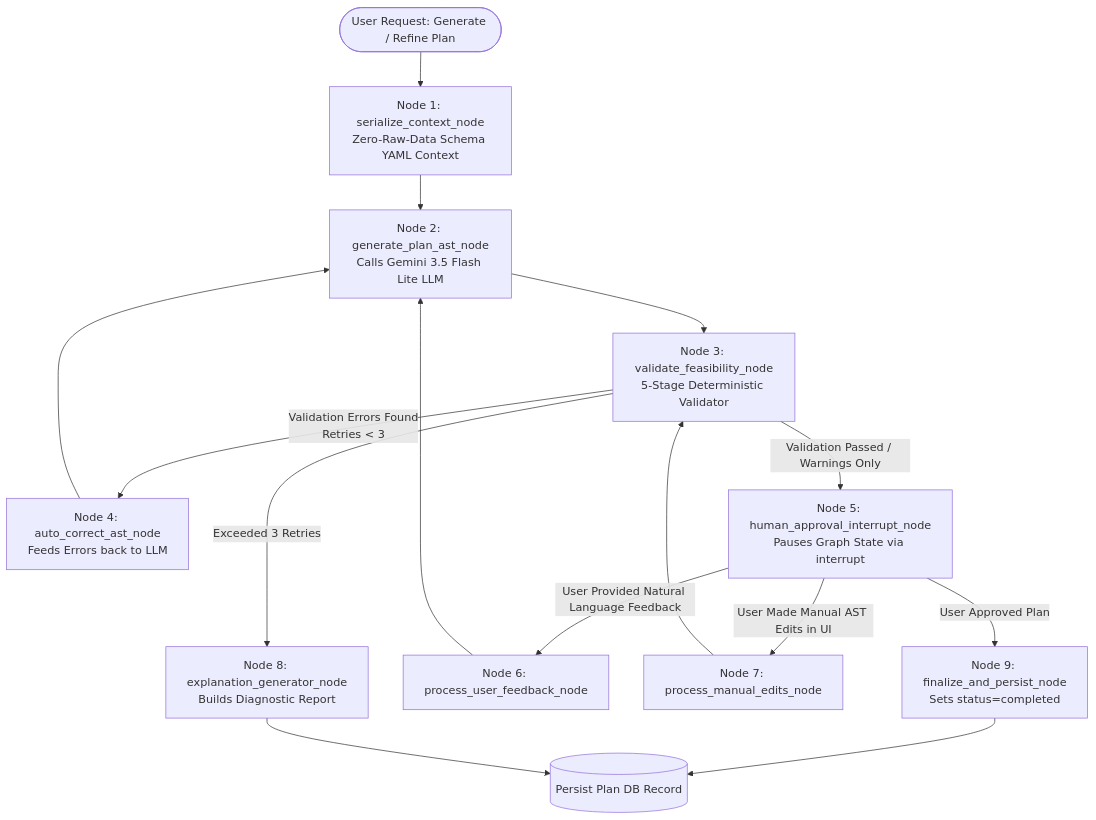
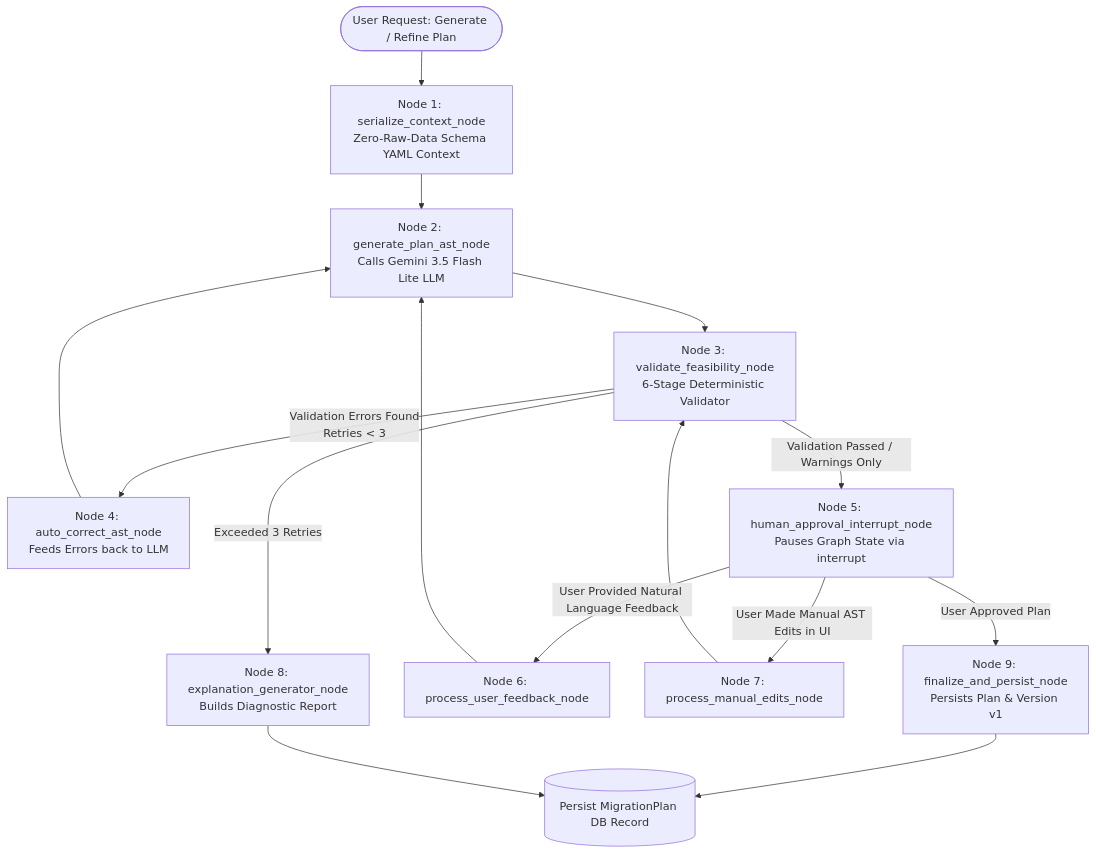
Before and after one commit to neelmaru123/migraflow: the third of 5 diagrams in docs/ARCHITECTURE.md, drawn with Mermaid. The commit also changed other lines of this file and 10 other files, not shown here.

````diff
--- a/docs/ARCHITECTURE.md
+++ b/docs/ARCHITECTURE.md
@@ -194,23 +198,23 @@
 ```mermaid
 flowchart TD
     Start([User Request: Generate / Refine Plan]) --> N1[Node 1: serialize_context_node<br>Zero-Raw-Data Schema YAML Context]
     N1 --> N2[Node 2: generate_plan_ast_node<br>Calls Gemini 3.5 Flash Lite LLM]
-    N2 --> N3[Node 3: validate_feasibility_node<br>5-Stage Deterministic Validator]
+    N2 --> N3[Node 3: validate_feasibility_node<br>6-Stage Deterministic Validator]
     
     N3 -->|Validation Errors Found<br>Retries < 3| N4[Node 4: auto_correct_ast_node<br>Feeds Errors back to LLM]
     N4 --> N2
     
     N3 -->|Exceeded 3 Retries| N8[Node 8: explanation_generator_node<br>Builds Diagnostic Report]
     
     N3 -->|Validation Passed / Warnings Only| N5[Node 5: human_approval_interrupt_node<br>Pauses Graph State via interrupt]
     
     N5 -->|User Provided Natural Language Feedback| N6[Node 6: process_user_feedback_node]
     N6 --> N2
     
     N5 -->|User Made Manual AST Edits in UI| N7[Node 7: process_manual_edits_node]
     N7 --> N3
     
-    N5 -->|User Approved Plan| N9[Node 9: finalize_and_persist_node<br>Sets status=completed]
-    N9 --> Persist[(Persist Plan DB Record)]
+    N5 -->|User Approved Plan| N9[Node 9: finalize_and_persist_node<br>Persists Plan & Version v1]
+    N9 --> Persist[(Persist MigrationPlan DB Record)]
     N8 --> Persist
 ```
````
